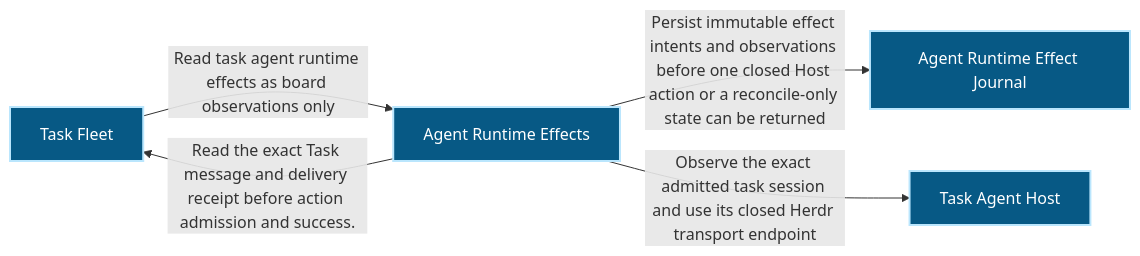
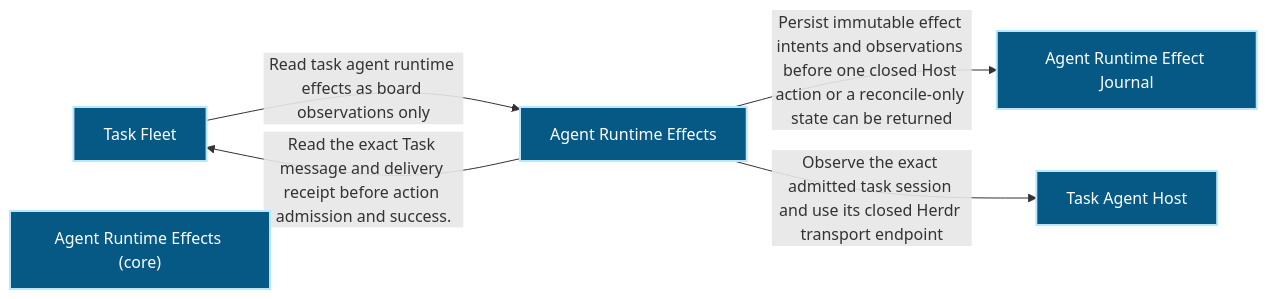
Before and after one commit to Ancienttwo/repo-harness: the first of 2 diagrams in docs/architecture/modules/runtime-harness/agent-runtime-effects.md, drawn with Mermaid. The commit also changed other lines of this file and 32 other files, not shown here.

First line of the commit message:
chore(projection): refresh generated architecture outputs for main@4c37d26d25c7

````diff
--- a/docs/architecture/modules/runtime-harness/agent-runtime-effects.md
+++ b/docs/architecture/modules/runtime-harness/agent-runtime-effects.md
@@ -16,15 +16,16 @@
 ```mermaid
 flowchart LR
   p1_capability_organization_task_fleet_134b5125["Task Fleet"]:::component
   p1_capability_runtime_harness_agent_runtime_effects_f1bcf433["Agent Runtime Effects"]:::component
   p1_capability_runtime_harness_task_agent_host_d81dadb6["Task Agent Host"]:::component
+  p1_component_agent_runtime_effects_core_layer_1cf112f2["Agent Runtime Effects (core)"]:::component
   p1_component_agent_runtime_effects_journal_f6727f8f["Agent Runtime Effect Journal"]:::component
   p1_capability_runtime_harness_agent_runtime_effects_f1bcf433 -->|"Persist immutable effect intents and observations before one closed Host action or a reconcile-only state can be returned"| p1_component_agent_runtime_effects_journal_f6727f8f
   p1_capability_runtime_harness_agent_runtime_effects_f1bcf433 -->|"Observe the exact admitted task session and use its closed Herdr transport endpoint"| p1_capability_runtime_harness_task_agent_host_d81dadb6
   p1_capability_runtime_harness_agent_runtime_effects_f1bcf433 -->|"Read the exact Task message and delivery receipt before action admission and success."| p1_capability_organization_task_fleet_134b5125
   p1_capability_organization_task_fleet_134b5125 -->|"Read task agent runtime effects as board observations only"| p1_capability_runtime_harness_agent_runtime_effects_f1bcf433
   classDef actor fill:#111827,color:#ffffff,stroke:#f9fafb,stroke-width:2px
   classDef component fill:#075985,color:#ffffff,stroke:#bae6fd,stroke-width:2px
   classDef datastore fill:#3f6212,color:#ffffff,stroke:#d9f99d,stroke-width:2px
   classDef external fill:#7c2d12,color:#ffffff,stroke:#fed7aa,stroke-width:2px
 ```
````
